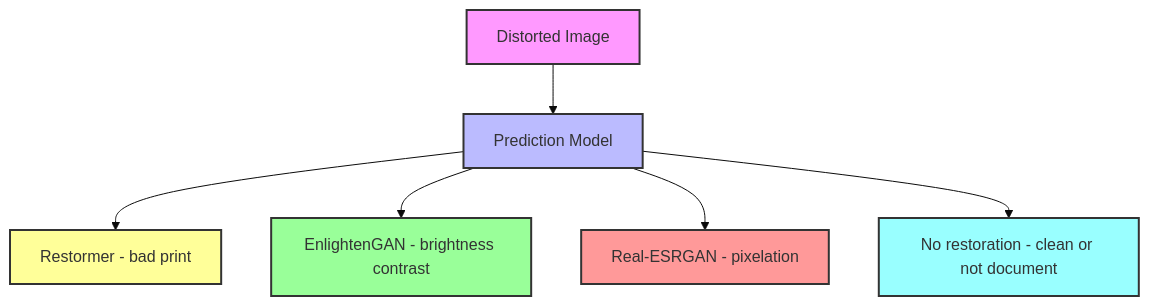
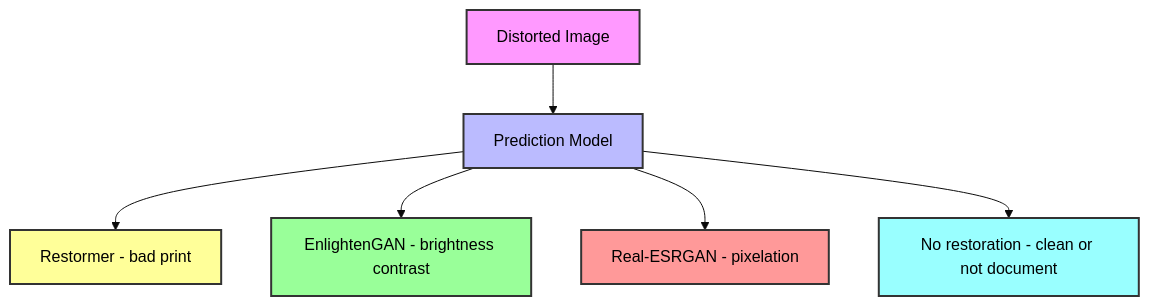
The diagram in README.md (kudriavtcevroman/Document_Restoration_Project), drawn with Mermaid (base theme) before and after one commit.

````diff
--- a/README.md
+++ b/README.md
@@ -53,15 +53,15 @@
 ```mermaid
 graph TD;
     A[Distorted Image] --> B[Prediction Model];
     B --> C[Restormer - bad print];
     B --> D[EnlightenGAN - brightness contrast];
     B --> E[Real-ESRGAN - pixelation];
     B --> F[No restoration - clean or not document];
 
-    style A fill:#f9f,stroke:#333,text-color:#000,stroke-width:2px
-    style B fill:#bbf,stroke:#333,text-color:#000,stroke-width:2px
-    style C fill:#ff9,stroke:#333,text-color:#000,stroke-width:2px
-    style D fill:#9f9,stroke:#333,text-color:#000,stroke-width:2px
-    style E fill:#f99,stroke:#333,text-color:#000,stroke-width:2px
-    style F fill:#9ff,stroke:#333,text-color:#000,stroke-width:2px
+    style A fill:#f9f,stroke:#333,color:#000,stroke-width:2px
+    style B fill:#bbf,stroke:#333,color:#000,stroke-width:2px
+    style C fill:#ff9,stroke:#333,color:#000,stroke-width:2px
+    style D fill:#9f9,stroke:#333,color:#000,stroke-width:2px
+    style E fill:#f99,stroke:#333,color:#000,stroke-width:2px
+    style F fill:#9ff,stroke:#333,color:#000,stroke-width:2px
 ```
````
